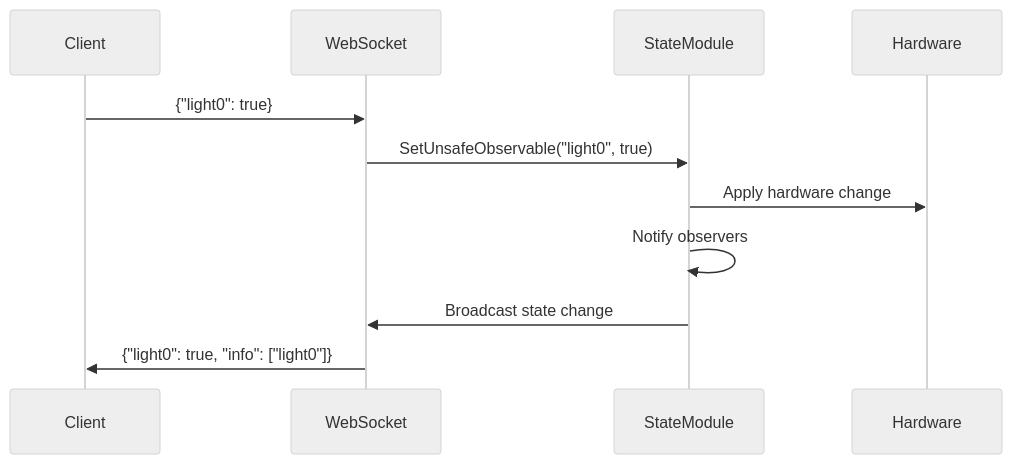
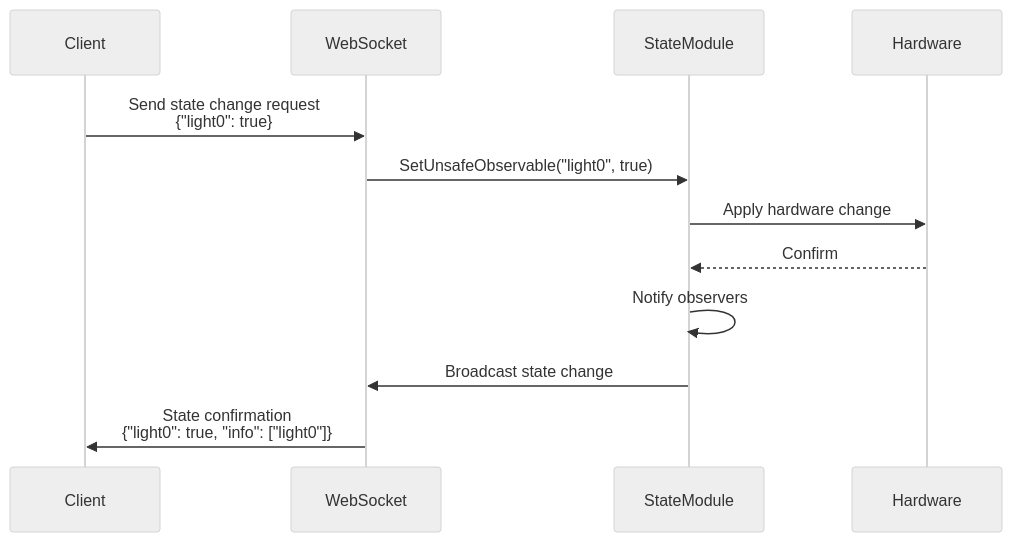
Before and after one commit to JayeshKakkad-Rotoclear/Rotoclear-C-Pro-Docs: the second of 2 diagrams in docs/architecture/state-management.md, drawn with Mermaid (neutral theme). The commit also changed other lines of this file and 14 other files, not shown here.

Commit message:
Improve Mermaid diagram formatting for better presentation - Added better spacing, styling, and layout - Enhanced readability with color coding and proper node alignment - Improved subgraph organization - Better decision tree layouts

````diff
--- a/docs/architecture/state-management.md
+++ b/docs/architecture/state-management.md
@@ -47,14 +51,15 @@
 ```mermaid
 sequenceDiagram
     participant Client
     participant WebSocket
     participant StateModule
     participant Hardware
     
-    Client->>WebSocket: {"light0": true}
+    Client->>WebSocket: Send state change request<br/>{"light0": true}
     WebSocket->>StateModule: SetUnsafeObservable("light0", true)
     StateModule->>Hardware: Apply hardware change
+    Hardware-->>StateModule: Confirm
     StateModule->>StateModule: Notify observers
     StateModule->>WebSocket: Broadcast state change
-    WebSocket->>Client: {"light0": true, "info": ["light0"]}
+    WebSocket->>Client: State confirmation<br/>{"light0": true, "info": ["light0"]}
 ```
````
